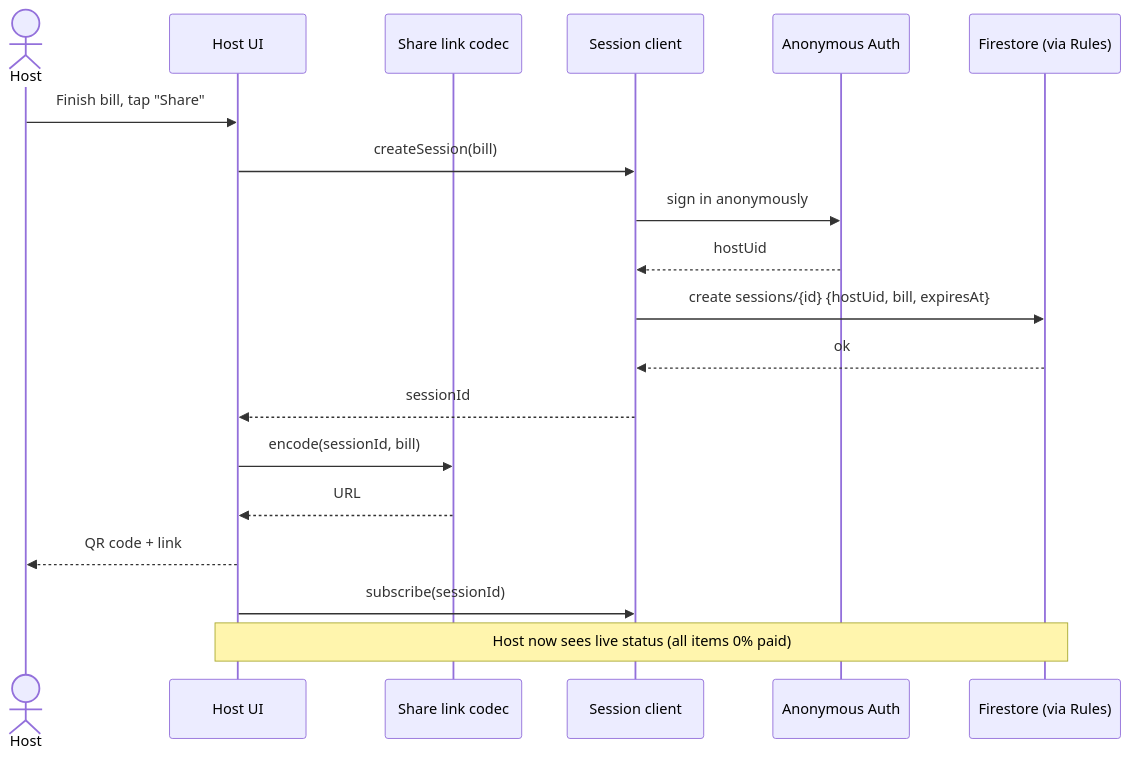
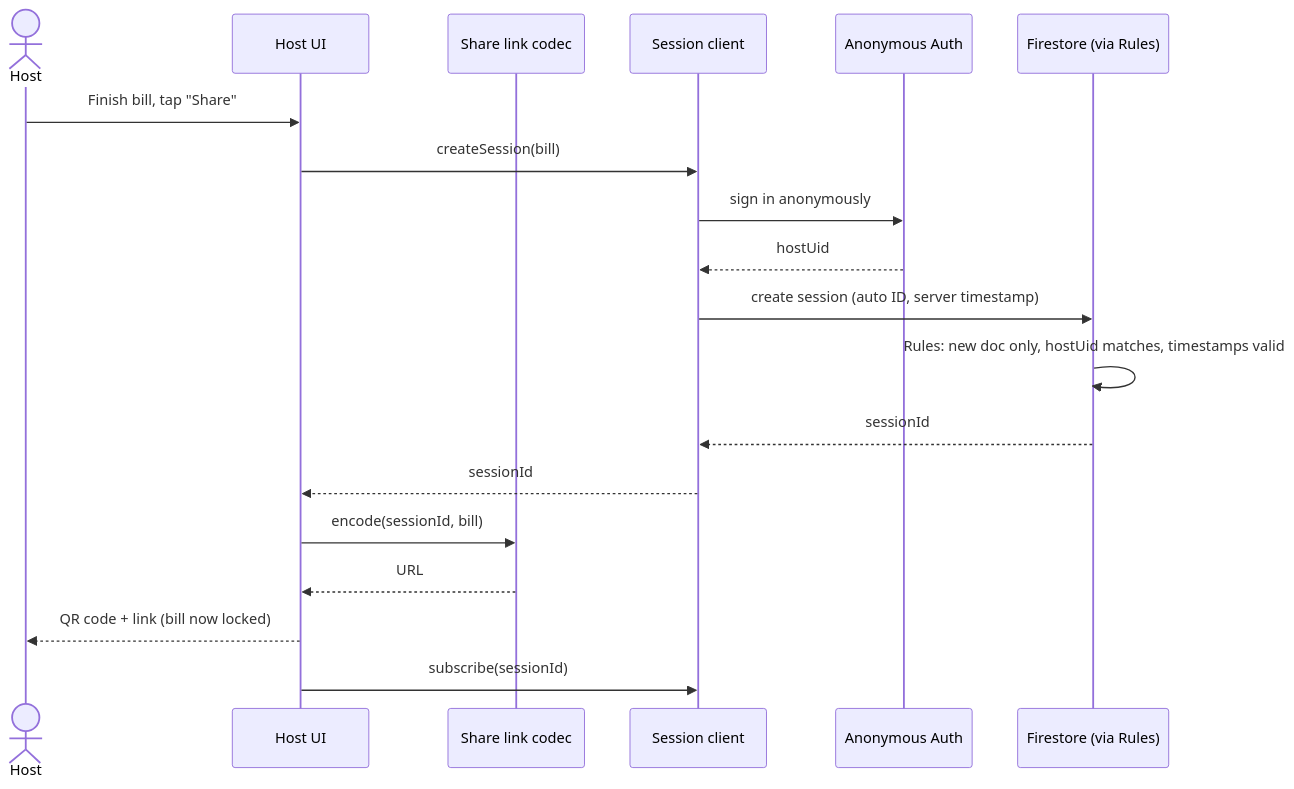
Before and after one commit to quasarbright/dinner-debt: the second of 8 diagrams in planning/live-bill-status.plan.md, drawn with Mermaid. The commit also changed other lines of this file, not shown here.

First line of the commit message:
Revise live bill status plan: local selection vs payment, host-own items, content-based keys, server-side timestamps

````diff
--- a/planning/live-bill-status.plan.md
+++ b/planning/live-bill-status.plan.md
@@ -103,22 +138,22 @@
 ```mermaid
 sequenceDiagram
   actor Host
   participant HostUI as Host UI
   participant Codec as Share link codec
   participant Client as Session client
   participant Auth as Anonymous Auth
   participant FS as Firestore (via Rules)
 
   Host->>HostUI: Finish bill, tap "Share"
   HostUI->>Client: createSession(bill)
   Client->>Auth: sign in anonymously
   Auth-->>Client: hostUid
-  Client->>FS: create sessions/{id} {hostUid, bill, expiresAt}
-  FS-->>Client: ok
+  Client->>FS: create session (auto ID, server timestamp)
+  FS->>FS: Rules: new doc only, hostUid matches, timestamps valid
+  FS-->>Client: sessionId
   Client-->>HostUI: sessionId
   HostUI->>Codec: encode(sessionId, bill)
   Codec-->>HostUI: URL
-  HostUI-->>Host: QR code + link
+  HostUI-->>Host: QR code + link (bill now locked)
   HostUI->>Client: subscribe(sessionId)
-  Note over HostUI,FS: Host now sees live status (all items 0% paid)
 ```
````
